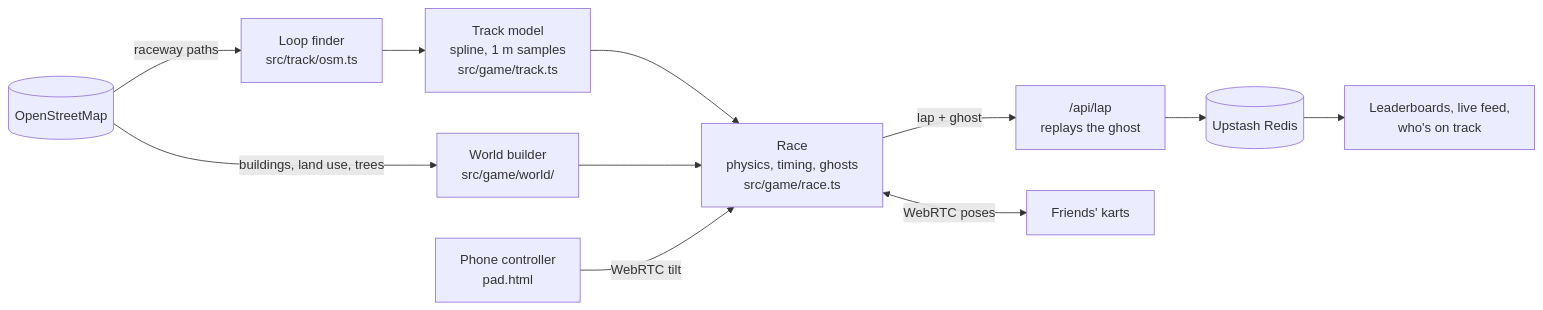
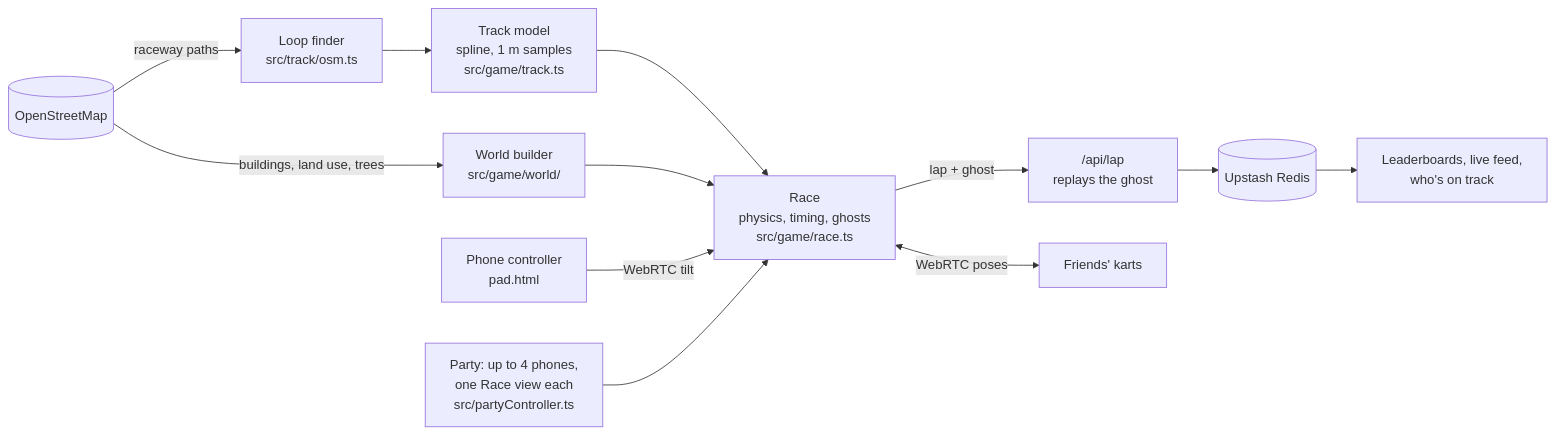
One commit to Cyrus-Krispin/apexkart changed the diagram in README.md. Above: the diagram before and after it, drawn with Mermaid. The commit also changed other lines of this file and 21 other files, not shown here.

First line of the commit message:
Party: split screen with a phone for each player (#37)

````diff
--- a/README.md
+++ b/README.md
@@ -153,13 +163,14 @@
 ```mermaid
 flowchart LR
   OSM[("OpenStreetMap")] -->|raceway paths| Loop["Loop finder<br/>src/track/osm.ts"]
   Loop --> Model["Track model<br/>spline, 1 m samples<br/>src/game/track.ts"]
   OSM -->|"buildings, land use, trees"| World["World builder<br/>src/game/world/"]
   Model --> Race["Race<br/>physics, timing, ghosts<br/>src/game/race.ts"]
   World --> Race
   Race -->|"lap + ghost"| API["/api/lap<br/>replays the ghost"]
   API --> Redis[("Upstash Redis")]
   Redis --> Board["Leaderboards, live feed,<br/>who's on track"]
   Race <-->|"WebRTC poses"| Friends["Friends' karts"]
   Phone["Phone controller<br/>pad.html"] -->|"WebRTC tilt"| Race
+  Party["Party: up to 4 phones,<br/>one Race view each<br/>src/partyController.ts"] --> Race
 ```
````
